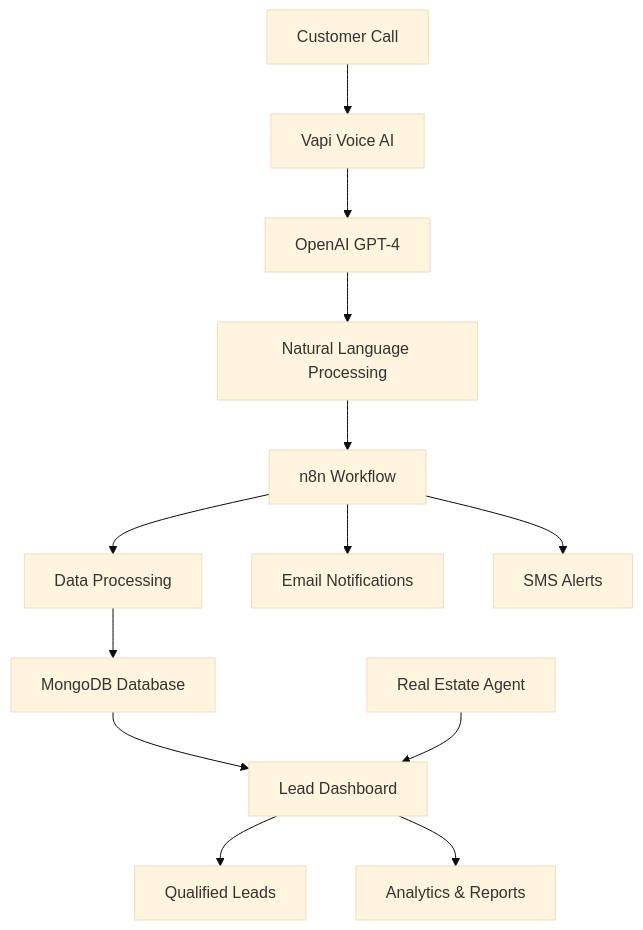
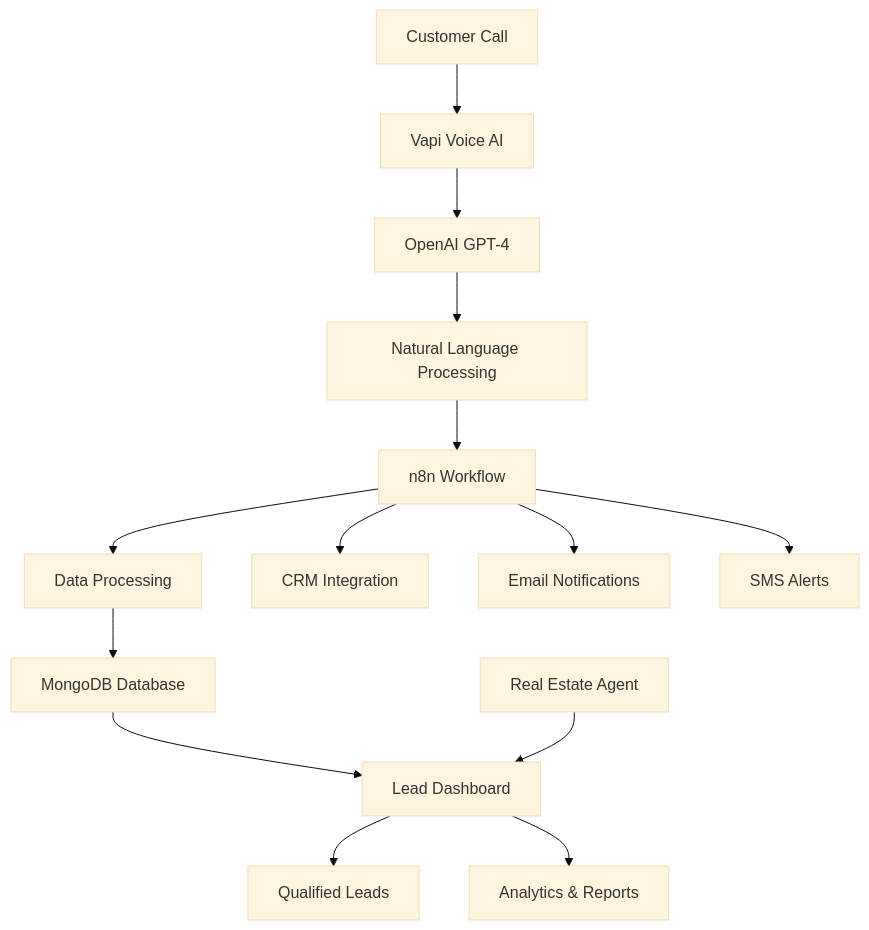
The diagram in Readme.md (JaYRaNa213/Real-Estate-AI-Sales-Qualification-Bot), drawn with Mermaid (base theme) before and after one commit.

````diff
--- a/Readme.md
+++ b/Readme.md
@@ -115,17 +115,18 @@
 ```mermaid
 graph TD
     A[Customer Call] --> B[Vapi Voice AI]
     B --> C[OpenAI GPT-4]
     C --> D[Natural Language Processing]
     D --> E[n8n Workflow]
     E --> F[Data Processing]
     F --> G[MongoDB Database]
     G --> H[Lead Dashboard]
     
     I[Real Estate Agent] --> H
     H --> J[Qualified Leads]
     H --> K[Analytics & Reports]
     
+    E --> L[CRM Integration]
     E --> M[Email Notifications]
     E --> N[SMS Alerts]
 ```
````
